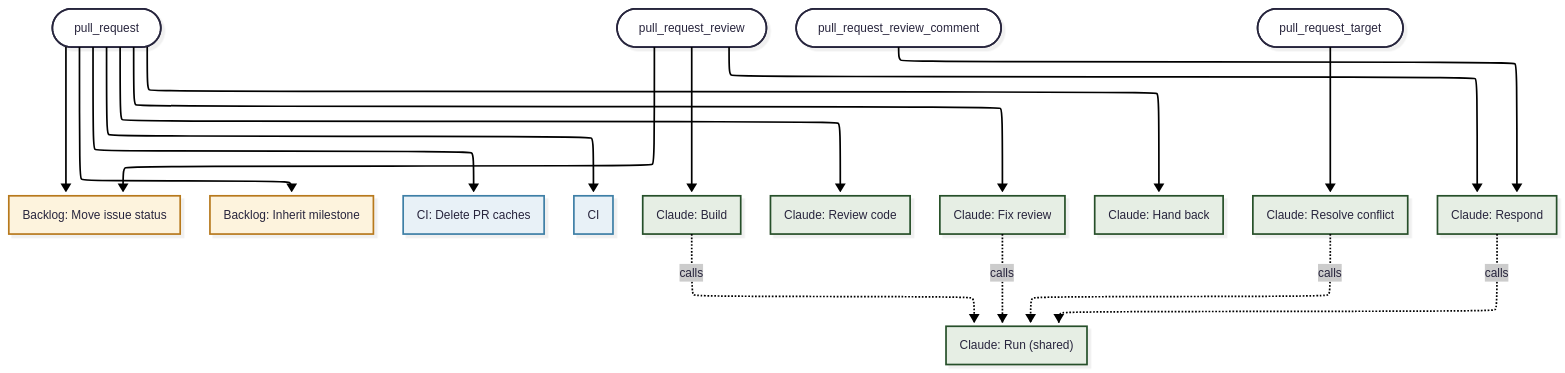
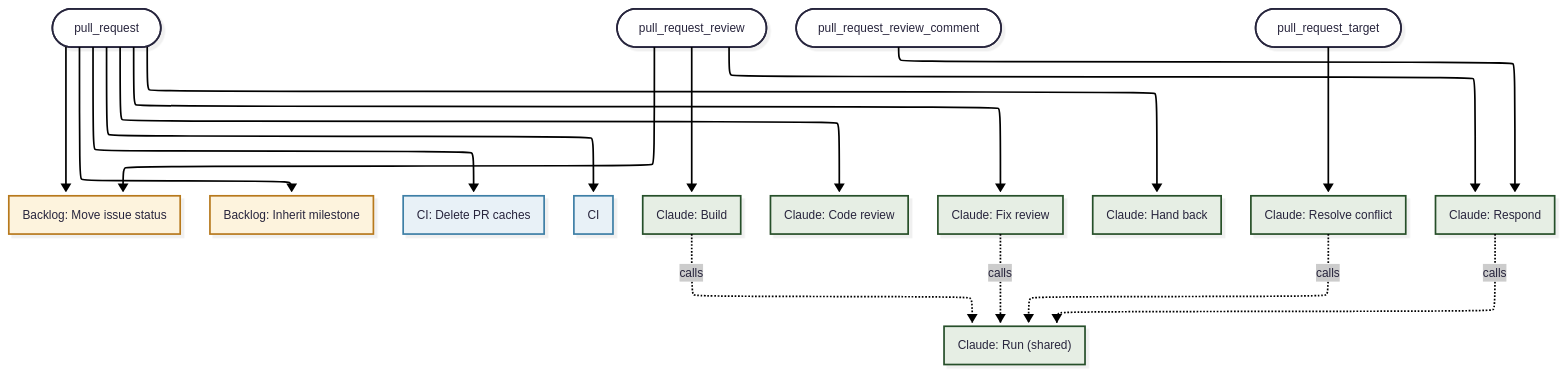
One commit to henetiriki/kinscape changed the first of 3 diagrams in .github/workflows/README.md. Above: the diagram before and after it, drawn with Mermaid. The commit also changed other lines of this file and 2 other files, not shown here.

Commit message:
C.763: Rename the workflow "Claude: Review code" to "Claude: Code review" (#764)
* plan(C763): approved by @henetiriki

Claude-Session: https://claude.ai/code/session_0136kYZqxN5sc9h5983toJ6S

* C.763: Rename the workflow "Claude: Review code" to "Claude: Code review"

Claude-Session: https://claude.ai/code/session_0136kYZqxN5sc9h5983toJ6S

* C.763: Skip plans/ in the old-name search

The plan quotes the old name, so a repo-wide search matches it.

Claude-Session: https://claude.ai/code/session_0136kYZqxN5sc9h5983toJ6S

---------

````diff
--- a/.github/workflows/README.md
+++ b/.github/workflows/README.md
@@ -46,46 +46,46 @@
 ```mermaid
 ---
 config:
   theme: redux-color
   look: neo
   layout: elk
 ---
 flowchart TB
   on_pull_request([pull_request])
   on_pull_request_review([pull_request_review])
   on_pull_request_review_comment([pull_request_review_comment])
   on_pull_request_target([pull_request_target])
   backlog_issue_status["Backlog: Move issue status"]
   backlog_milestone["Backlog: Inherit milestone"]
   ci_cache_cleanup["CI: Delete PR caches"]
   ci["CI"]
   claude_build["Claude: Build"]
-  claude_code_review["Claude: Review code"]
+  claude_code_review["Claude: Code review"]
   claude_fix_review["Claude: Fix review"]
   claude_hand_back["Claude: Hand back"]
   claude_resolve_conflict["Claude: Resolve conflict"]
   claude_respond["Claude: Respond"]
   claude_run["Claude: Run (shared)"]
   on_pull_request --> backlog_issue_status
   on_pull_request --> backlog_milestone
   on_pull_request --> ci_cache_cleanup
   on_pull_request --> ci
   on_pull_request --> claude_code_review
   on_pull_request --> claude_fix_review
   on_pull_request --> claude_hand_back
   on_pull_request_review --> backlog_issue_status
   on_pull_request_review --> claude_build
   on_pull_request_review --> claude_respond
   on_pull_request_review_comment --> claude_respond
   on_pull_request_target --> claude_resolve_conflict
   claude_build -.->|calls| claude_run
   claude_fix_review -.->|calls| claude_run
   claude_resolve_conflict -.->|calls| claude_run
   claude_respond -.->|calls| claude_run
   classDef backlog fill:#fdf3dd,stroke:#b7791f
   classDef ci fill:#e8f1f7,stroke:#3e7fa6
   classDef claude fill:#e6eee4,stroke:#264f29
   class backlog_issue_status,backlog_milestone backlog
   class ci_cache_cleanup,ci ci
   class claude_build,claude_code_review,claude_fix_review,claude_hand_back,claude_resolve_conflict,claude_respond,claude_run claude
 ```
````
